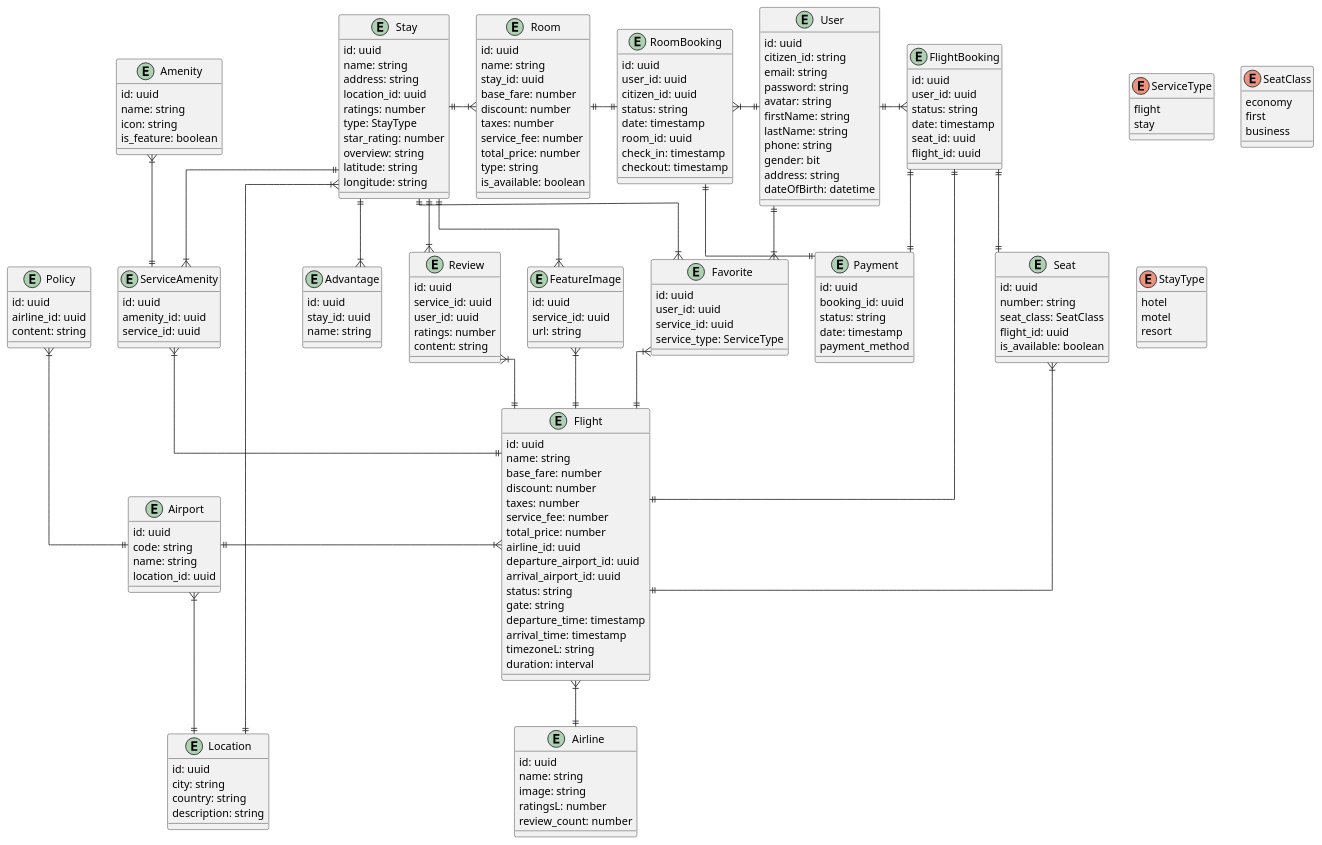
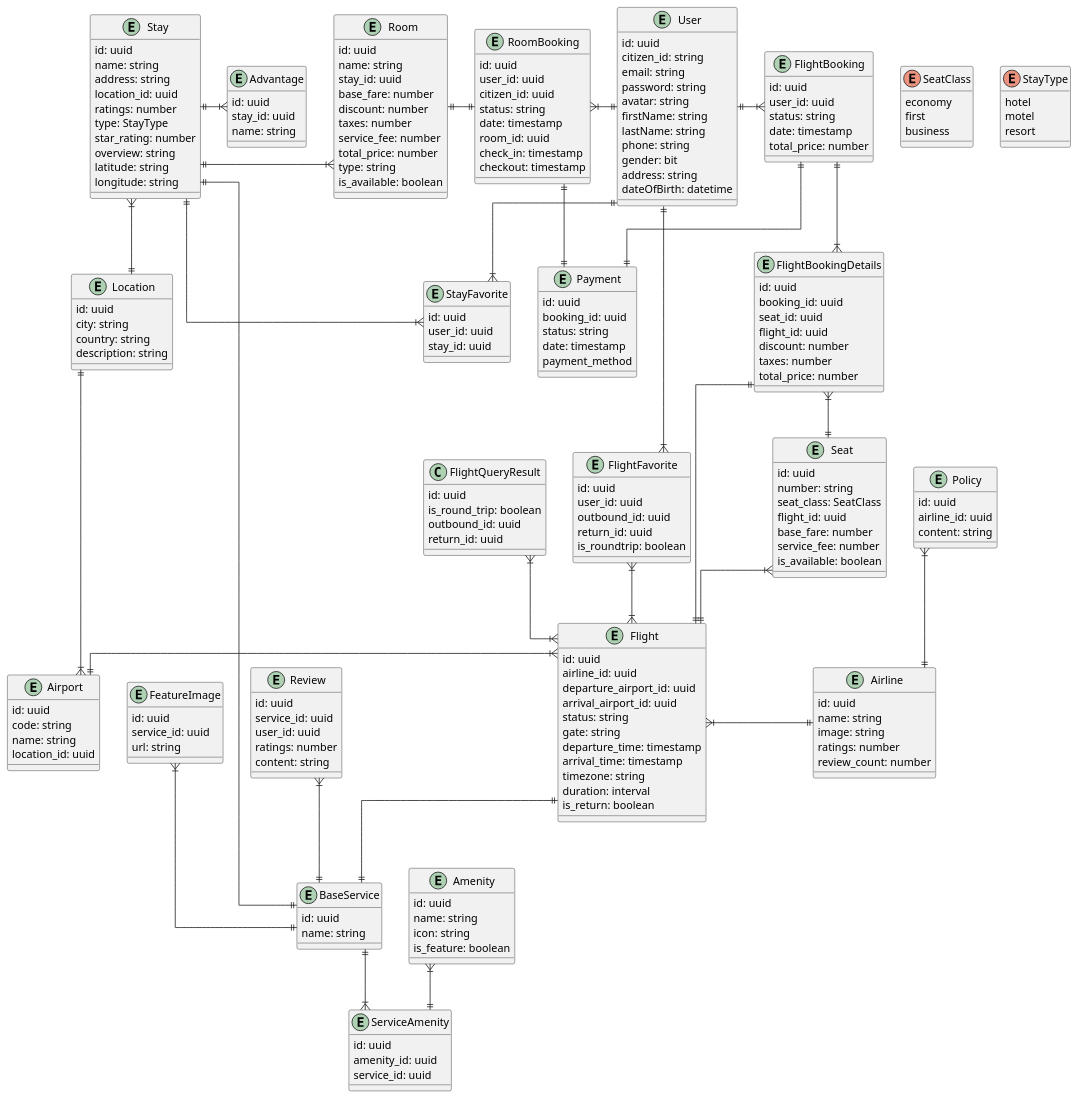
The diagram in docs/class-diagram.puml (vinguyen1907/gogo-travel), drawn with PlantUML before and after one commit.

Commit message:
doc: flight and stay inherit base service

```diff
--- a/docs/class-diagram.puml
+++ b/docs/class-diagram.puml
@@ -15,26 +15,27 @@
     dateOfBirth: datetime
 }
 
-entity Favorite {
+entity StayFavorite {
     id: uuid
     user_id: uuid
-    service_id: uuid
-    service_type: ServiceType
+    stay_id: uuid
 }
 
-enum ServiceType {
-    flight
-    stay
+entity FlightFavorite {
+    id: uuid
+    user_id: uuid
+    outbound_id: uuid
+    return_id: uuid
+    is_roundtrip: boolean
+}
+
+entity BaseService {
+    id: uuid
+    name: string
 }
 
 entity Flight {
     id: uuid
-    name: string
-    base_fare: number
-    discount: number
-    taxes: number
-    service_fee: number
-    total_price: number
     airline_id: uuid
     departure_airport_id: uuid
     arrival_airport_id: uuid
@@ -42,8 +43,50 @@
     gate: string
     departure_time: timestamp
     arrival_time: timestamp
-    timezoneL: string
+    timezone: string
     duration: interval
+    is_return: boolean
+}
+
+class FlightQueryResult {
+    id: uuid
+    is_round_trip: boolean
+    outbound_id: uuid
+    return_id: uuid
+}
+
+entity Seat {
+    id: uuid
+    number: string
+    seat_class: SeatClass
+    flight_id: uuid
+    base_fare: number
+    service_fee: number
+    is_available: boolean
+}
+
+entity FlightBooking {
+    id: uuid
+    user_id: uuid
+    status: string
+    date: timestamp
+    total_price: number
+}
+
+entity FlightBookingDetails {
+    id: uuid
+    booking_id: uuid
+    seat_id: uuid
+    flight_id: uuid
+    discount: number
+    taxes: number
+    total_price: number
+}
+
+enum SeatClass {
+    economy
+    first
+    business
 }
 
 entity Amenity {
@@ -59,20 +102,6 @@
     service_id: uuid
 }
 
-entity Seat {
-    id: uuid
-    number: string
-    seat_class: SeatClass
-    flight_id: uuid
-    is_available: boolean
-}
-
-enum SeatClass {
-    economy
-    first
-    business
-}
-
 entity Airport {
     id: uuid
     code: string
@@ -84,7 +113,7 @@
     id: uuid
     name: string
     image: string
-    ratingsL: number
+    ratings: number
     review_count: number
 }
 
@@ -106,15 +135,6 @@
     id: uuid
     service_id: uuid
     url: string
-}
-
-entity FlightBooking {
-    id: uuid
-    user_id: uuid
-    status: string
-    date: timestamp
-    seat_id: uuid
-    flight_id: uuid
 }
 
 entity Stay {
@@ -181,39 +201,40 @@
     payment_method
 }
 
-Favorite }|-up-|| User
-
-FlightBooking }|-left-|| User
-FlightBooking ||--|| Flight
-FlightBooking ||--|| Seat
-FlightBooking ||--|| Payment
+StayFavorite }|-up-|| User
+FlightFavorite }|-up-|| User
 
 RoomBooking }|-right-|| User
 RoomBooking ||-left-|| Room
 RoomBooking ||--|| Payment
 
-Favorite }|-up-|| Stay
-Favorite }|--|| Flight
-Review }|-up-|| Stay 
-Review }|--|| Flight
-ServiceAmenity }|-up-|| Stay 
-ServiceAmenity }|--|| Flight
+StayFavorite }|-up-|| Stay
+Review }|--|| BaseService 
+ServiceAmenity }|-up-|| BaseService 
 Amenity }|--|| ServiceAmenity
 
-Advantage }|-up-|| Stay
-FeatureImage }|-up-|| Stay 
-FeatureImage }|--|| Flight
+Advantage }|-left-|| Stay
+FeatureImage }|--|| BaseService 
 
 Room }|-left-|| Stay 
 
-Flight }|--|| Airline
+Flight }|-right-|| Airline
+Policy }|--|| Airline
 Flight }|-left-|| Airport
-Policy }|--|| Airport
 
-Airport }|--|| Location
+Airport }|-up-|| Location
 Stay }|--|| Location
 
+Seat }|--|| Flight
+FlightFavorite }|--|{ Flight
+FlightBooking ||--|{ FlightBookingDetails
+FlightBookingDetails }|--|| Seat
+FlightBookingDetails ||--|| Flight
+FlightQueryResult }|--|{ Flight
+FlightBooking }|-left-|| User
+FlightBooking ||-down-|| Payment
 
-Seat }|--|| Flight
+Flight ||--|| BaseService
+Stay ||--|| BaseService
 
 @enduml
```
